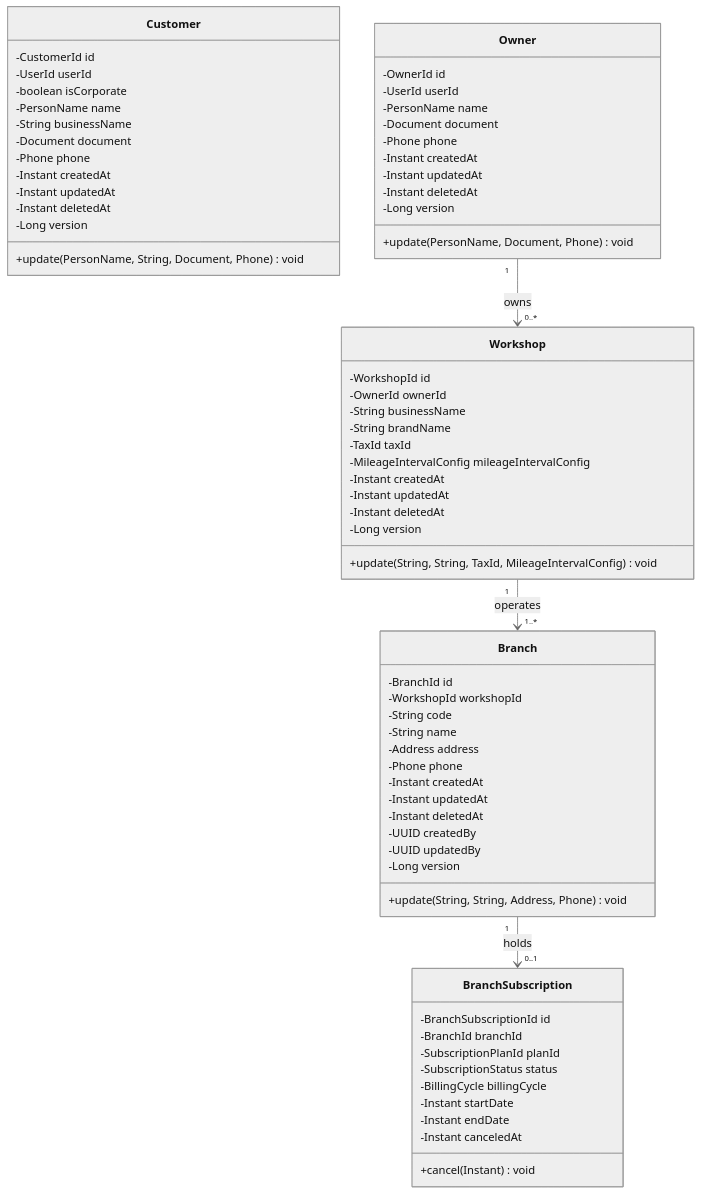
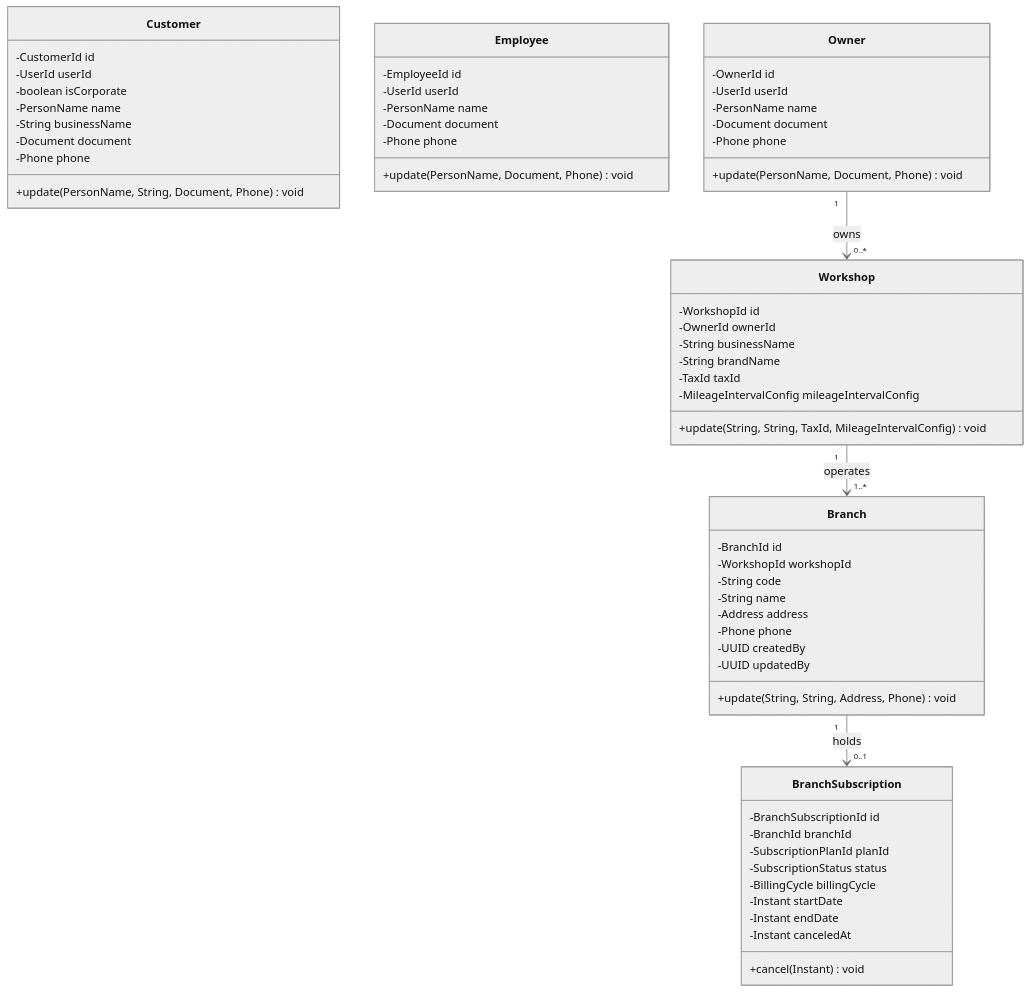
The sixth of 7 diagrams in docs/core-bounded-context-dictionary.md (tux-logic/shiftiq-platform), drawn with Mermaid (neutral theme) before and after one commit. The commit also changed other lines of this file, not shown here.

````diff
--- a/docs/core-bounded-context-dictionary.md
+++ b/docs/core-bounded-context-dictionary.md
@@ -760,78 +803,71 @@
 ```mermaid
 classDiagram
     direction TB
 
     class Customer {
         -CustomerId id
         -UserId userId
         -boolean isCorporate
         -PersonName name
         -String businessName
         -Document document
         -Phone phone
-        -Instant createdAt
-        -Instant updatedAt
-        -Instant deletedAt
-        -Long version
         +update(PersonName, String, Document, Phone) void
+    }
+
+    class Employee {
+        -EmployeeId id
+        -UserId userId
+        -PersonName name
+        -Document document
+        -Phone phone
+        +update(PersonName, Document, Phone) void
     }
 
     class Owner {
         -OwnerId id
         -UserId userId
         -PersonName name
         -Document document
         -Phone phone
-        -Instant createdAt
-        -Instant updatedAt
-        -Instant deletedAt
-        -Long version
         +update(PersonName, Document, Phone) void
     }
 
     class Workshop {
         -WorkshopId id
         -OwnerId ownerId
         -String businessName
         -String brandName
         -TaxId taxId
         -MileageIntervalConfig mileageIntervalConfig
-        -Instant createdAt
-        -Instant updatedAt
-        -Instant deletedAt
-        -Long version
         +update(String, String, TaxId, MileageIntervalConfig) void
     }
 
     class Branch {
         -BranchId id
         -WorkshopId workshopId
         -String code
         -String name
         -Address address
         -Phone phone
-        -Instant createdAt
-        -Instant updatedAt
-        -Instant deletedAt
         -UUID createdBy
         -UUID updatedBy
-        -Long version
         +update(String, String, Address, Phone) void
     }
 
     class BranchSubscription {
         -BranchSubscriptionId id
         -BranchId branchId
         -SubscriptionPlanId planId
         -SubscriptionStatus status
         -BillingCycle billingCycle
         -Instant startDate
         -Instant endDate
         -Instant canceledAt
         +cancel(Instant) void
     }
 
     Owner "1" --> "0..*" Workshop : owns
     Workshop "1" --> "1..*" Branch : operates
     Branch "1" --> "0..1" BranchSubscription : holds
 ```
````
